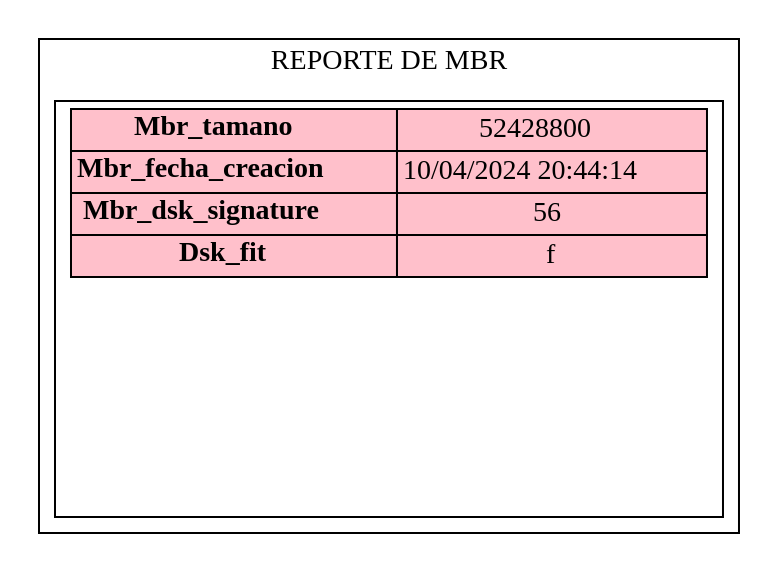
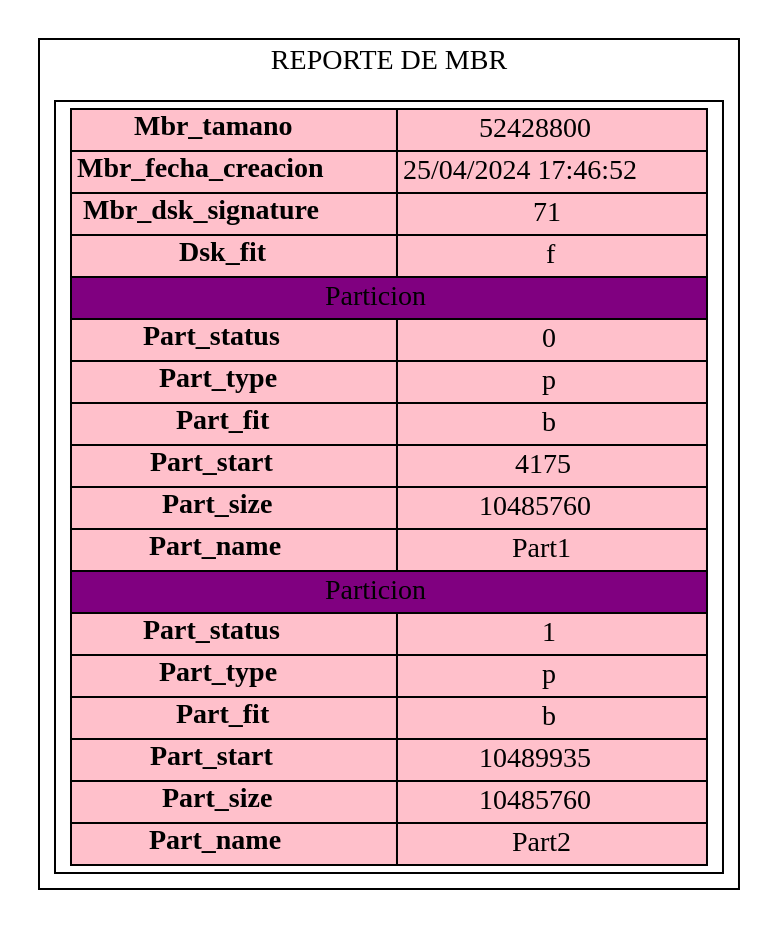
The diagram in Backend/Mbr.dot (NatalyDuarte/MIA_P2_202001570), drawn with Graphviz before and after one commit. The commit also changed 21 other files, not shown here.

```diff
--- a/Backend/Mbr.dot
+++ b/Backend/Mbr.dot
@@ -1,11 +1,23 @@
 digraph G{
 subgraph cluster{
 label="REPORTE DE MBR"
 tbl[shape=box,label=<
 <table border='0' cellborder='1' cellspacing='0' width='300'  height='200' >
 <tr> <td width='150' bgcolor="pink"><b>Mbr_tamano</b></td><td width='150' bgcolor="pink">52428800</td>  </tr>
-<tr>  <td bgcolor="pink"><b>Mbr_fecha_creacion</b></td><td bgcolor="pink">10/04/2024 20:44:14</td>  </tr>
-<tr>  <td bgcolor="pink"><b>Mbr_dsk_signature</b></td><td bgcolor="pink">56</td>  </tr>
-<tr>  <td bgcolor="pink"><b>Dsk_fit</b></td><td bgcolor="pink">f</td>  </tr></table>
+<tr>  <td bgcolor="pink"><b>Mbr_fecha_creacion</b></td><td bgcolor="pink">25/04/2024 17:46:52</td>  </tr>
+<tr>  <td bgcolor="pink"><b>Mbr_dsk_signature</b></td><td bgcolor="pink">71</td>  </tr>
+<tr>  <td bgcolor="pink"><b>Dsk_fit</b></td><td bgcolor="pink">f</td>  </tr><tr><td colspan="2" bgcolor="purple">Particion</td></tr><tr>  <td bgcolor="pink"><b>Part_status</b></td><td bgcolor="pink">0</td>  </tr>
+<tr>  <td bgcolor="pink"><b>Part_type</b></td><td bgcolor="pink">p</td>  </tr>
+<tr>  <td bgcolor="pink"><b>Part_fit</b></td><td bgcolor="pink">b</td>  </tr>
+<tr>  <td bgcolor="pink"><b>Part_start </b></td><td bgcolor="pink">4175</td>  </tr>
+<tr>  <td bgcolor="pink"><b>Part_size</b></td><td bgcolor="pink">10485760</td>  </tr>
+<tr>  <td bgcolor="pink"><b>Part_name</b></td><td bgcolor="pink">Part1</td>  </tr>
+<tr><td colspan="2" bgcolor="purple">Particion</td></tr><tr>  <td bgcolor="pink"><b>Part_status</b></td><td bgcolor="pink">1</td>  </tr>
+<tr>  <td bgcolor="pink"><b>Part_type</b></td><td bgcolor="pink">p</td>  </tr>
+<tr>  <td bgcolor="pink"><b>Part_fit</b></td><td bgcolor="pink">b</td>  </tr>
+<tr>  <td bgcolor="pink"><b>Part_start </b></td><td bgcolor="pink">10489935</td>  </tr>
+<tr>  <td bgcolor="pink"><b>Part_size</b></td><td bgcolor="pink">10485760</td>  </tr>
+<tr>  <td bgcolor="pink"><b>Part_name</b></td><td bgcolor="pink">Part2</td>  </tr>
+</table>
 >];
 }}
```
